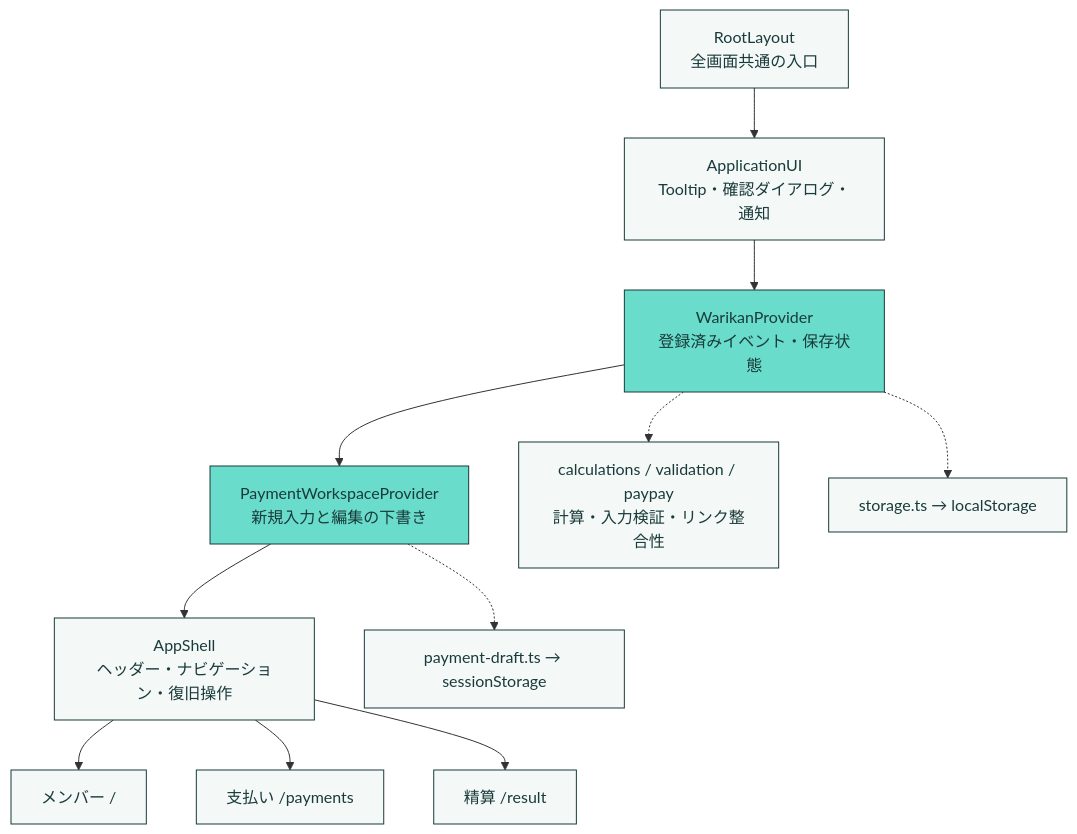
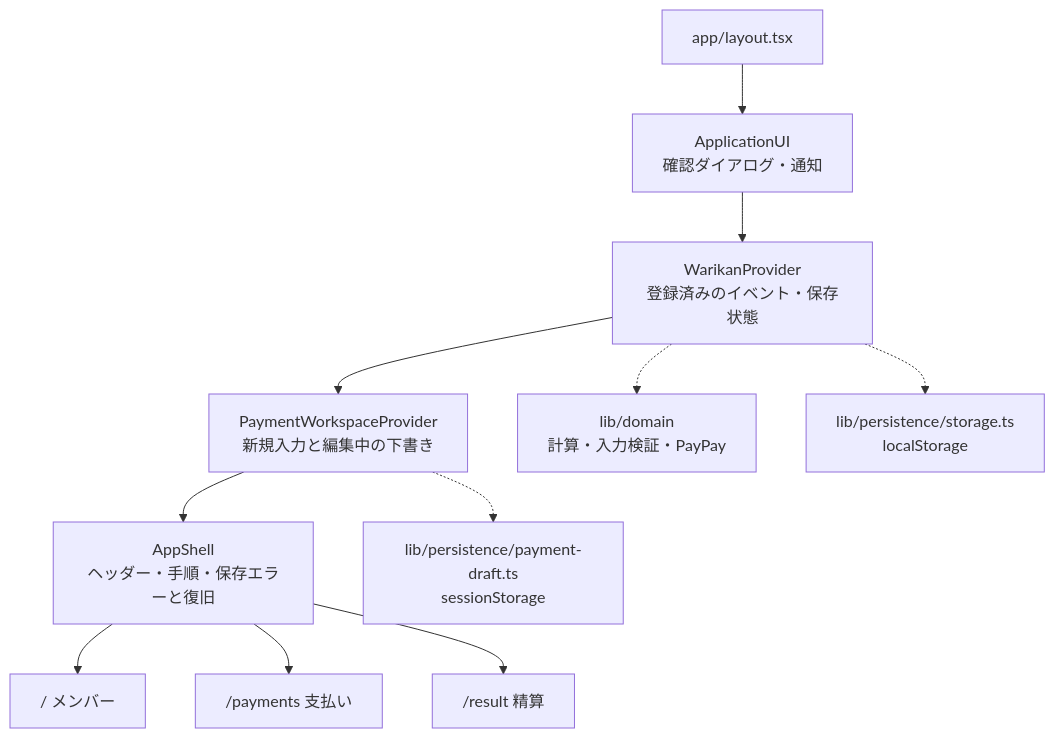
The third of 3 diagrams in README.md (bright-broom/warica), drawn with Mermaid before and after one commit. The commit also changed other lines of this file and 8 other files, not shown here.

````diff
--- a/README.md
+++ b/README.md
@@ -279,17 +95,13 @@
 ```mermaid
 flowchart TB
-    Layout["RootLayout<br/>全画面共通の入口"] --> UI["ApplicationUI<br/>Tooltip・確認ダイアログ・通知"]
-    UI --> Store["WarikanProvider<br/>登録済みイベント・保存状態"]
-    Store --> Draft["PaymentWorkspaceProvider<br/>新規入力と編集の下書き"]
-    Draft --> Shell["AppShell<br/>ヘッダー・ナビゲーション・復旧操作"]
-    Shell --> M["メンバー / "]
-    Shell --> P["支払い /payments"]
-    Shell --> R["精算 /result"]
-    Store -.-> Calc["calculations / validation / paypay<br/>計算・入力検証・リンク整合性"]
-    Store -.-> Storage["storage.ts → localStorage"]
-    Draft -.-> Session["payment-draft.ts → sessionStorage"]
-    classDef base fill:#F4F8F7,stroke:#193B3A,color:#193B3A;
-    classDef accent fill:#69DCCB,stroke:#193B3A,color:#193B3A;
-    class Layout,UI,Shell,M,P,R,Calc,Storage,Session base;
-    class Store,Draft accent;
+    Layout["app/layout.tsx"] --> UI["ApplicationUI<br/>確認ダイアログ・通知"]
+    UI --> Store["WarikanProvider<br/>登録済みのイベント・保存状態"]
+    Store --> Draft["PaymentWorkspaceProvider<br/>新規入力と編集中の下書き"]
+    Draft --> Shell["AppShell<br/>ヘッダー・手順・保存エラーと復旧"]
+    Shell --> M["/ メンバー"]
+    Shell --> P["/payments 支払い"]
+    Shell --> R["/result 精算"]
+    Store -.-> Domain["lib/domain<br/>計算・入力検証・PayPay"]
+    Store -.-> Storage["lib/persistence/storage.ts<br/>localStorage"]
+    Draft -.-> Session["lib/persistence/payment-draft.ts<br/>sessionStorage"]
 ```
````
